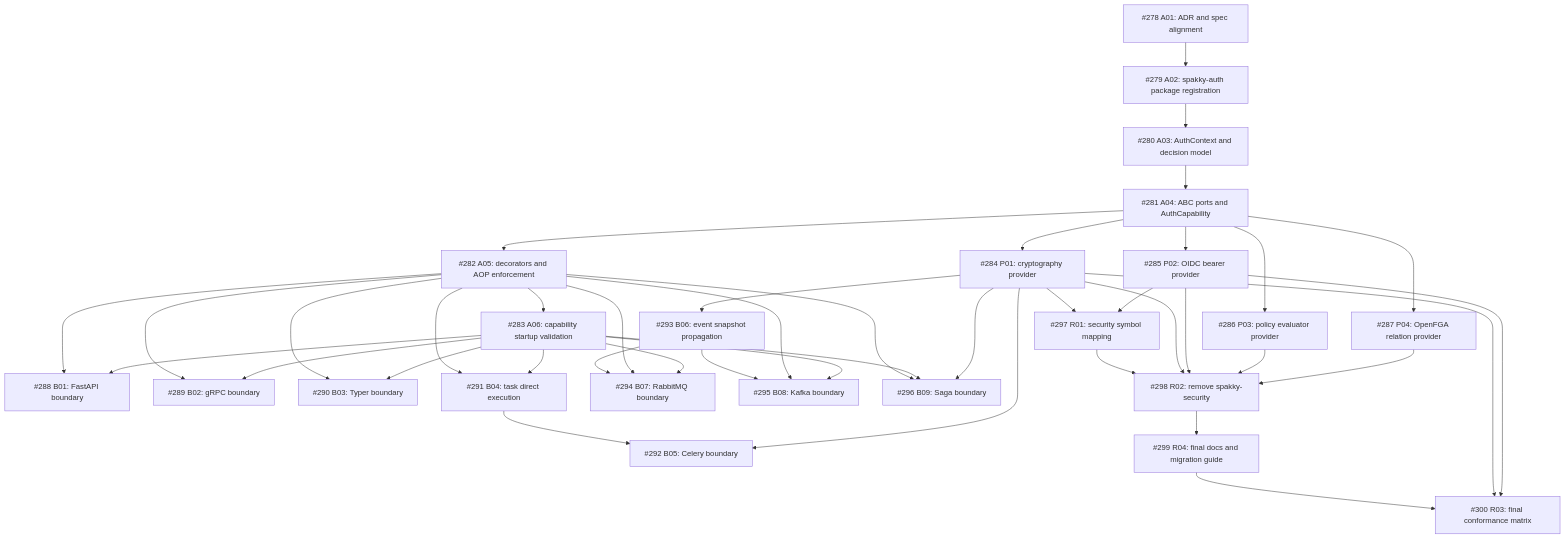
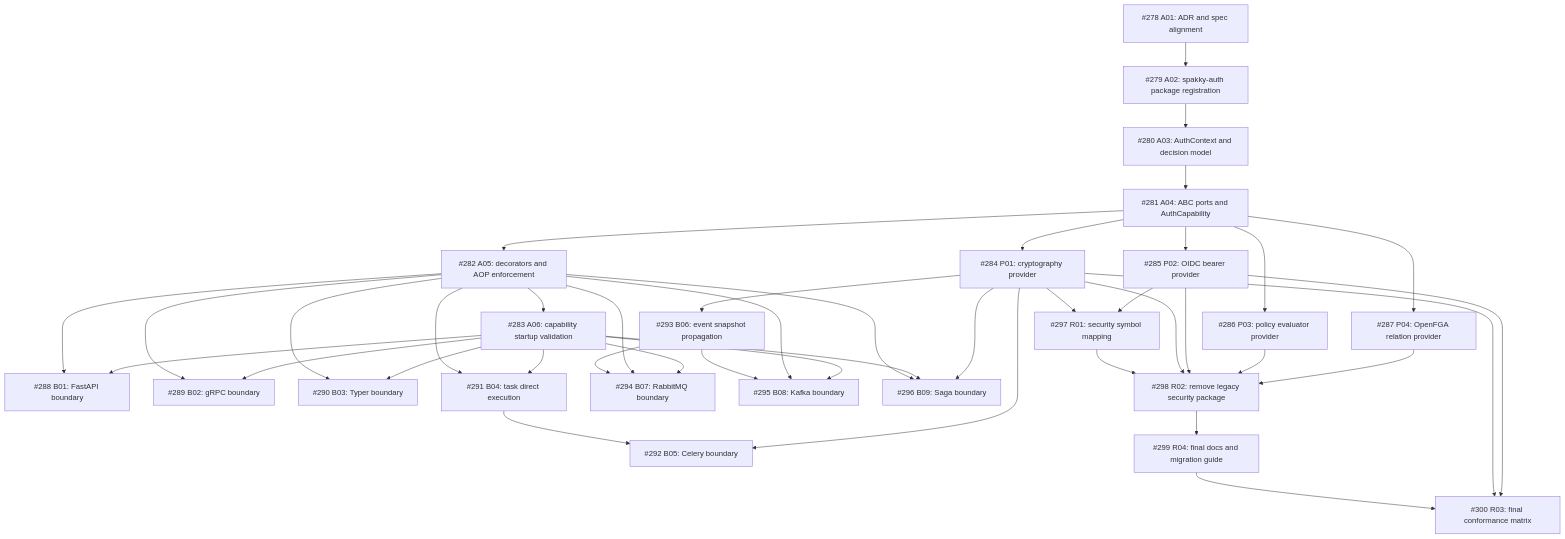
One commit to E5presso/spakky-framework changed the diagram in docs/planning/auth-authorization-milestone-scope.md. Above: the diagram before and after it, drawn with Mermaid. The commit also changed other lines of this file and 58 other files, not shown here.

Commit message:
chore(auth): remove legacy security package (#298)

````diff
--- a/docs/planning/auth-authorization-milestone-scope.md
+++ b/docs/planning/auth-authorization-milestone-scope.md
@@ -75,65 +74,65 @@
 ```mermaid
 graph TD
     A01["#278 A01: ADR and spec alignment"]
     A02["#279 A02: spakky-auth package registration"]
     A03["#280 A03: AuthContext and decision model"]
     A04["#281 A04: ABC ports and AuthCapability"]
     A05["#282 A05: decorators and AOP enforcement"]
     A06["#283 A06: capability startup validation"]
 
     P01["#284 P01: cryptography provider"]
     P02["#285 P02: OIDC bearer provider"]
     P03["#286 P03: policy evaluator provider"]
     P04["#287 P04: OpenFGA relation provider"]
 
     B01["#288 B01: FastAPI boundary"]
     B02["#289 B02: gRPC boundary"]
     B03["#290 B03: Typer boundary"]
     B04["#291 B04: task direct execution"]
     B05["#292 B05: Celery boundary"]
     B06["#293 B06: event snapshot propagation"]
     B07["#294 B07: RabbitMQ boundary"]
     B08["#295 B08: Kafka boundary"]
     B09["#296 B09: Saga boundary"]
 
     R01["#297 R01: security symbol mapping"]
-    R02["#298 R02: remove spakky-security"]
+    R02["#298 R02: remove legacy security package"]
     R04["#299 R04: final docs and migration guide"]
     R03["#300 R03: final conformance matrix"]
 
     A01 --> A02 --> A03 --> A04 --> A05 --> A06
     A04 --> P01
     A04 --> P02
     A04 --> P03
     A04 --> P04
     A05 --> B01
     A06 --> B01
     A05 --> B02
     A06 --> B02
     A05 --> B03
     A06 --> B03
     A05 --> B04
     A06 --> B04
     B04 --> B05
     P01 --> B05
     P01 --> B06
     B06 --> B07
     A05 --> B07
     A06 --> B07
     B06 --> B08
     A05 --> B08
     A06 --> B08
     A05 --> B09
     A06 --> B09
     P01 --> B09
     P01 --> R01
     P02 --> R01
     R01 --> R02
     P01 --> R02
     P02 --> R02
     P03 --> R02
     P04 --> R02
     R02 --> R04 --> R03
     P01 --> R03
     P02 --> R03
 ```
````
